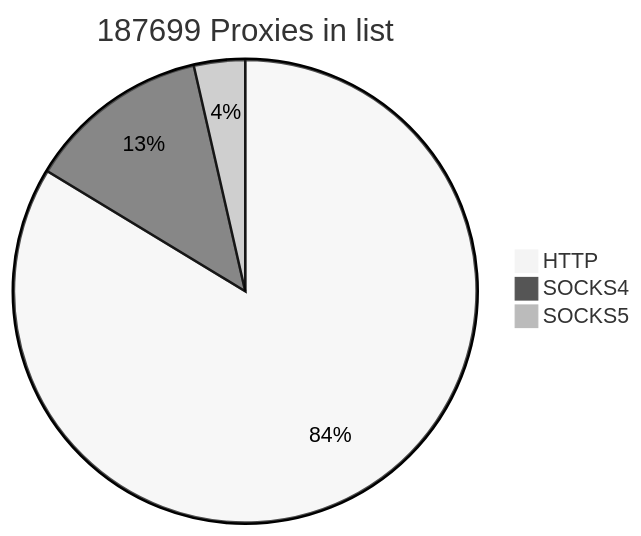
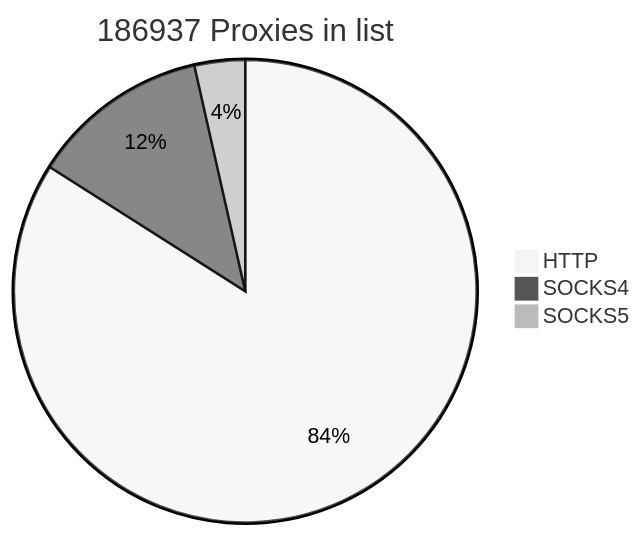
Before and after one commit to cutipu/proxylist: the first of 2 diagrams in README.md, drawn with Mermaid (neutral theme). The commit also changed other lines of this file, not shown here.

````diff
--- a/README.md
+++ b/README.md
@@ -2,7 +2,7 @@
 ```mermaid
-pie title 187699 Proxies in list
-    "HTTP" : 157068
-    "SOCKS4" : 23924
-    "SOCKS5" : 6707
+pie title 186937 Proxies in list
+    "HTTP" : 157043
+    "SOCKS4" : 23291
+    "SOCKS5" : 6603
             
 ```
````
